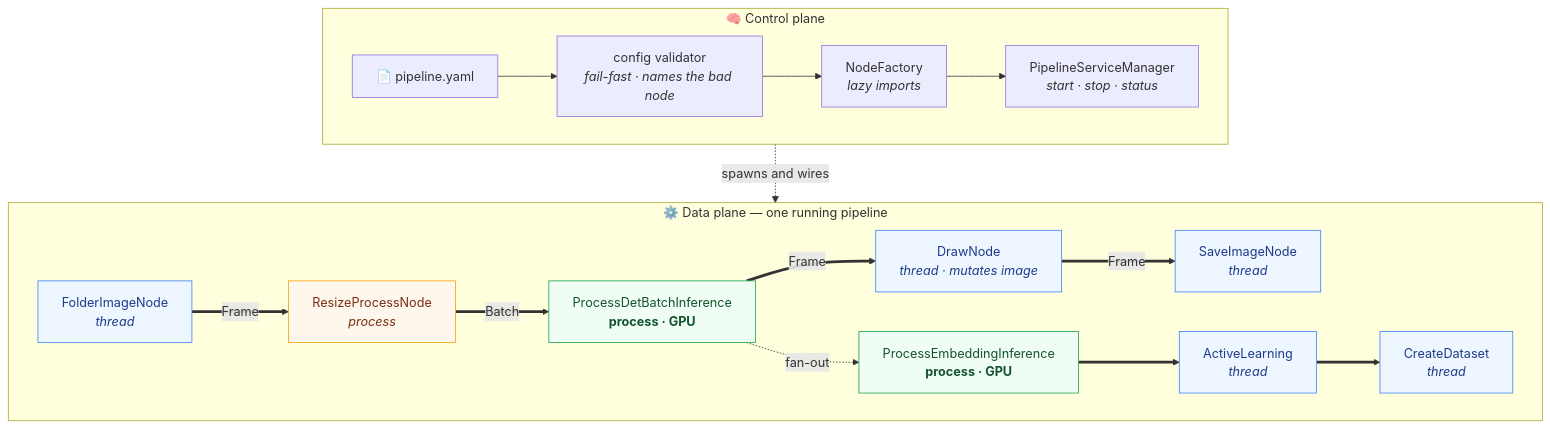
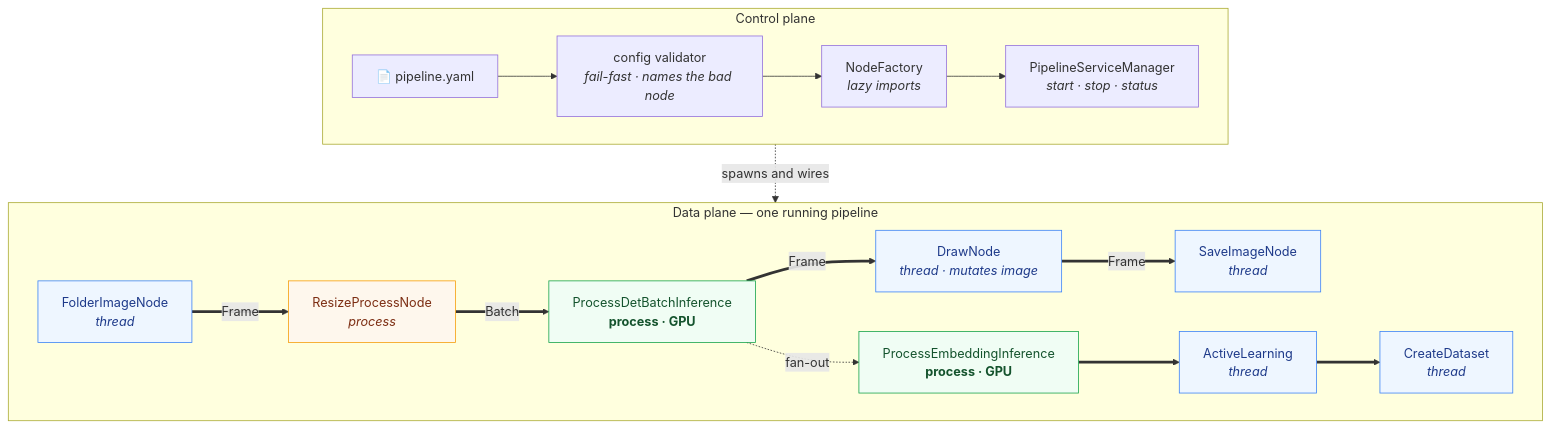
Before and after one commit to Bleaff/data_pipeline_orchestration: the first of 2 diagrams in README.md, drawn with Mermaid. The commit also changed other lines of this file and 51 other files, not shown here.

````diff
--- a/README.md
+++ b/README.md
@@ -35,35 +35,35 @@
 ```mermaid
 flowchart TB
-    subgraph control["🧠 Control plane"]
+    subgraph control["Control plane"]
         direction LR
         yaml["📄 pipeline.yaml"] --> validator["config validator<br/><i>fail-fast · names the bad node</i>"]
         validator --> factory["NodeFactory<br/><i>lazy imports</i>"]
         factory --> manager["PipelineServiceManager<br/><i>start · stop · status</i>"]
     end
 
     manager -. "spawns and wires" .-> data
 
-    subgraph data["⚙️ Data plane — one running pipeline"]
+    subgraph data["Data plane — one running pipeline"]
         direction LR
         reader["FolderImageNode<br/><i>thread</i>"]:::thread
         resize["ResizeProcessNode<br/><i>process</i>"]:::proc
         det["ProcessDetBatchInference<br/><b>process · GPU</b>"]:::gpu
         draw["DrawNode<br/><i>thread · mutates image</i>"]:::thread
         save["SaveImageNode<br/><i>thread</i>"]:::thread
         emb["ProcessEmbeddingInference<br/><b>process · GPU</b>"]:::gpu
         al["ActiveLearning<br/><i>thread</i>"]:::thread
         ds["CreateDataset<br/><i>thread</i>"]:::thread
 
         reader ==>|Frame| resize
         resize ==>|Batch| det
         det ==>|Frame| draw
         draw ==>|Frame| save
         det -. "fan-out" .-> emb
         emb ==> al
         al ==> ds
     end
 
     classDef thread fill:#eef6ff,stroke:#3b82f6,color:#1e3a8a;
     classDef proc fill:#fef7ed,stroke:#f59e0b,color:#7c2d12;
     classDef gpu fill:#f0fdf4,stroke:#16a34a,color:#14532d;
 ```
````
